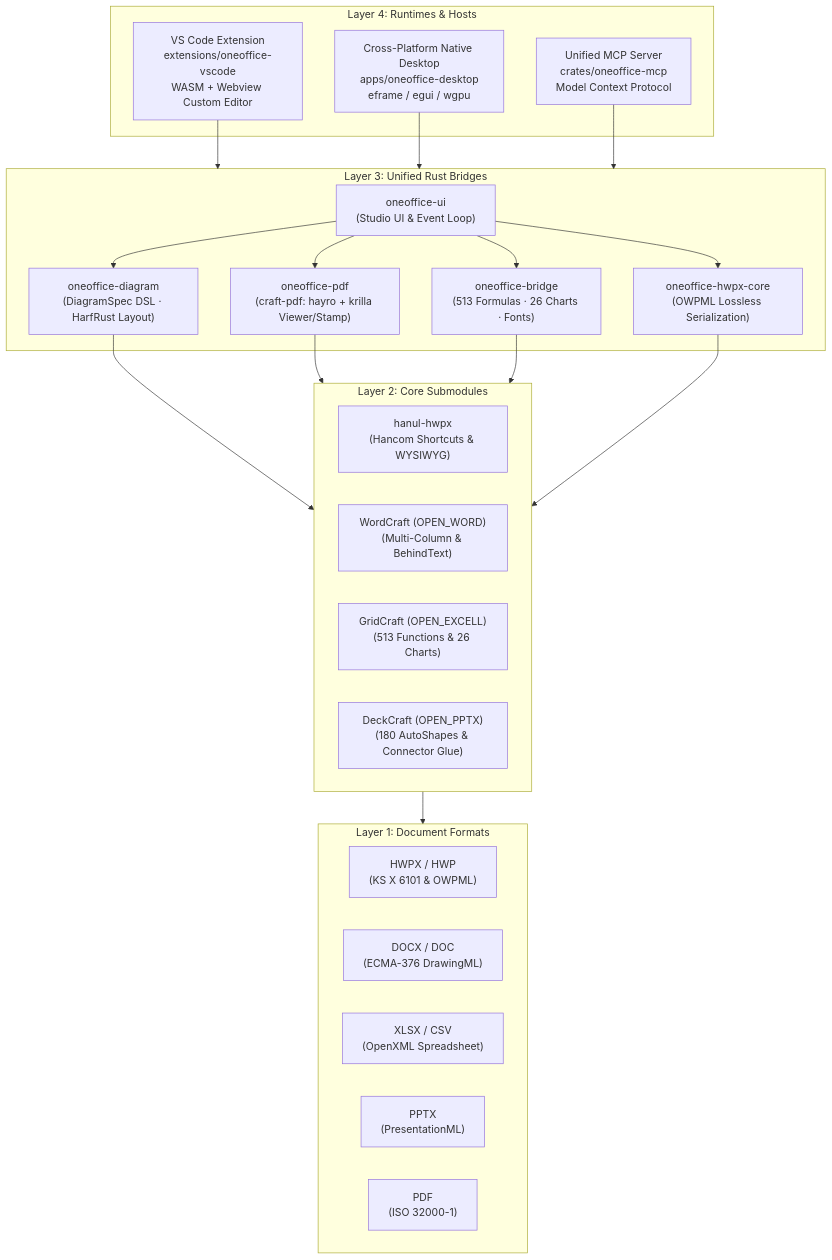
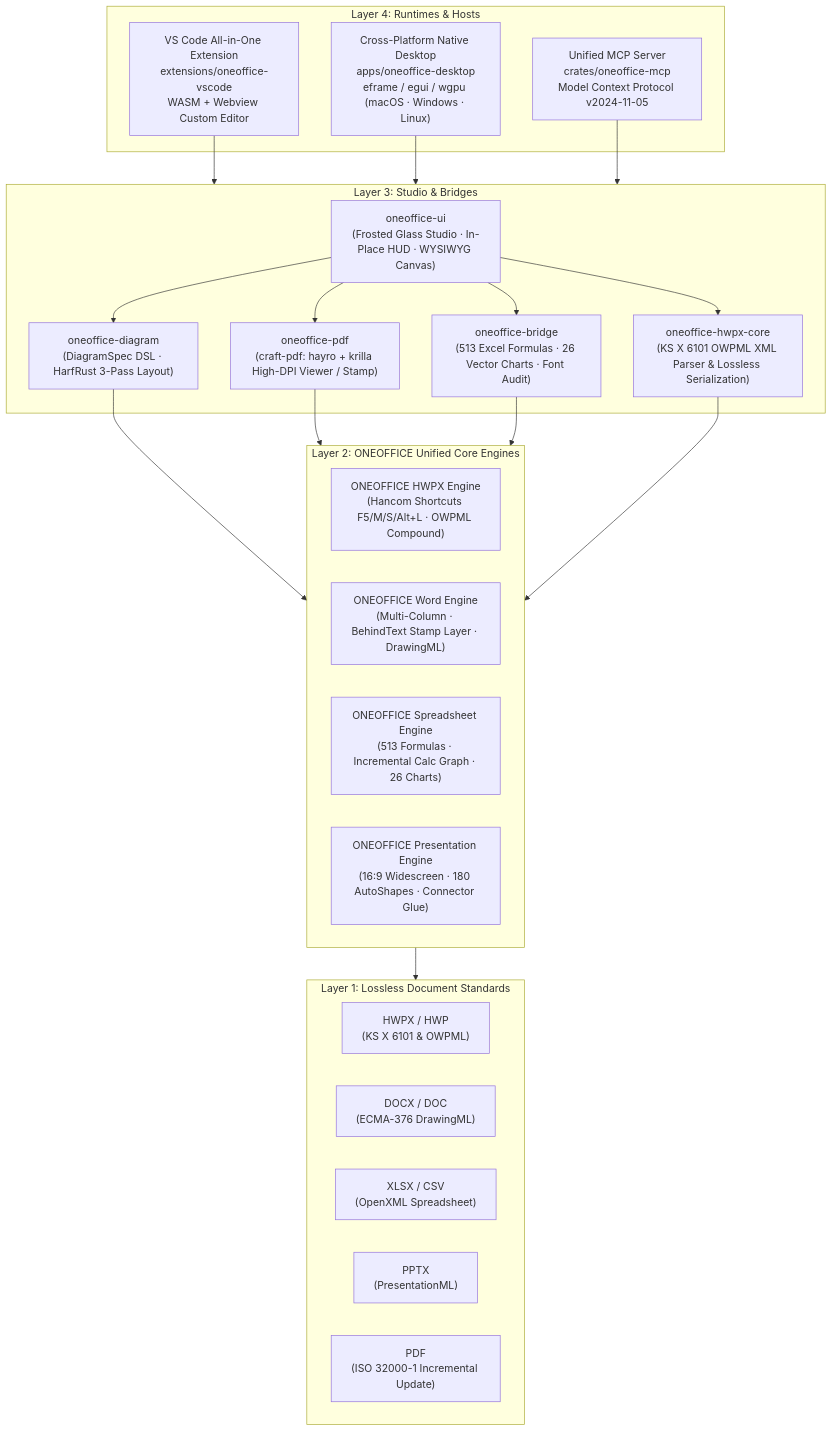
Before and after one commit to iamywl/ONEOFFICE: the diagram in README.en.md, drawn with Mermaid. The commit also changed other lines of this file and 10 other files, not shown here.

Commit message:
docs(readme): [TASK-DOC-ONEOFFICE-UNIFIED] streamline README and README.en as unified ONEOFFICE suite without submodule leaks

````diff
--- a/README.en.md
+++ b/README.en.md
@@ -104,47 +107,47 @@
 ```mermaid
 flowchart TD
     subgraph L4["Layer 4: Runtimes & Hosts"]
-        VSC["VS Code Extension\nextensions/oneoffice-vscode\nWASM + Webview Custom Editor"]
-        APP["Cross-Platform Native Desktop\napps/oneoffice-desktop\neframe / egui / wgpu"]
-        MCP["Unified MCP Server\ncrates/oneoffice-mcp\nModel Context Protocol"]
+        VSC["VS Code All-in-One Extension\nextensions/oneoffice-vscode\nWASM + Webview Custom Editor"]
+        APP["Cross-Platform Native Desktop\napps/oneoffice-desktop\neframe / egui / wgpu (macOS · Windows · Linux)"]
+        MCP["Unified MCP Server\ncrates/oneoffice-mcp\nModel Context Protocol v2024-11-05"]
     end
 
-    subgraph L3["Layer 3: Unified Rust Bridges"]
-        UI_LIB["oneoffice-ui\n(Studio UI & Event Loop)"]
-        DIAG["oneoffice-diagram\n(DiagramSpec DSL · HarfRust Layout)"]
-        PDF_ENG["oneoffice-pdf\n(craft-pdf: hayro + krilla Viewer/Stamp)"]
-        BRDG["oneoffice-bridge\n(513 Formulas · 26 Charts · Fonts)"]
-        HWP_CORE["oneoffice-hwpx-core\n(OWPML Lossless Serialization)"]
+    subgraph L3["Layer 3: Studio & Bridges"]
+        UI_LIB["oneoffice-ui\n(Frosted Glass Studio · In-Place HUD · WYSIWYG Canvas)"]
+        DIAG["oneoffice-diagram\n(DiagramSpec DSL · HarfRust 3-Pass Layout)"]
+        PDF_ENG["oneoffice-pdf\n(craft-pdf: hayro + krilla High-DPI Viewer / Stamp)"]
+        BRDG["oneoffice-bridge\n(513 Excel Formulas · 26 Vector Charts · Font Audit)"]
+        HWP_CORE["oneoffice-hwpx-core\n(KS X 6101 OWPML XML Parser & Lossless Serialization)"]
     end
 
-    subgraph L2["Layer 2: Core Submodules"]
-        H_HWP["hanul-hwpx\n(Hancom Shortcuts & WYSIWYG)"]
-        O_WORD["WordCraft (OPEN_WORD)\n(Multi-Column & BehindText)"]
-        O_EXCEL["GridCraft (OPEN_EXCELL)\n(513 Functions & 26 Charts)"]
-        O_PPT["DeckCraft (OPEN_PPTX)\n(180 AutoShapes & Connector Glue)"]
+    subgraph L2["Layer 2: ONEOFFICE Unified Core Engines"]
+        E_HWP["ONEOFFICE HWPX Engine\n(Hancom Shortcuts F5/M/S/Alt+L · OWPML Compound)"]
+        E_WORD["ONEOFFICE Word Engine\n(Multi-Column · BehindText Stamp Layer · DrawingML)"]
+        E_EXCEL["ONEOFFICE Spreadsheet Engine\n(513 Formulas · Incremental Calc Graph · 26 Charts)"]
+        E_PPT["ONEOFFICE Presentation Engine\n(16:9 Widescreen · 180 AutoShapes · Connector Glue)"]
     end
 
-    subgraph L1["Layer 1: Document Formats"]
+    subgraph L1["Layer 1: Lossless Document Standards"]
         F_HWPX["HWPX / HWP\n(KS X 6101 & OWPML)"]
         F_DOCX["DOCX / DOC\n(ECMA-376 DrawingML)"]
         F_XLSX["XLSX / CSV\n(OpenXML Spreadsheet)"]
         F_PPTX["PPTX\n(PresentationML)"]
-        F_PDF["PDF\n(ISO 32000-1)"]
+        F_PDF["PDF\n(ISO 32000-1 Incremental Update)"]
     end
 
     VSC --> L3
     APP --> L3
     MCP --> L3
 
     UI_LIB --> BRDG
     UI_LIB --> DIAG
     UI_LIB --> PDF_ENG
     UI_LIB --> HWP_CORE
 
     DIAG --> L2
     PDF_ENG --> L2
     BRDG --> L2
     HWP_CORE --> L2
 
     L2 --> L1
 ```
````
